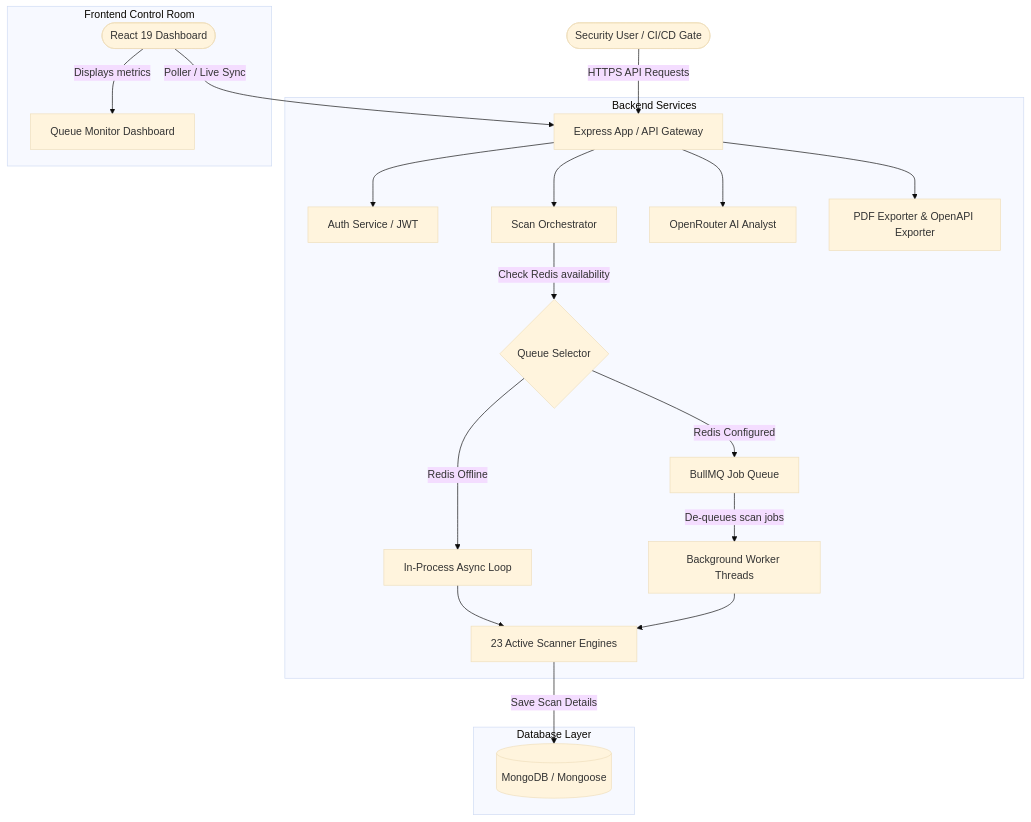
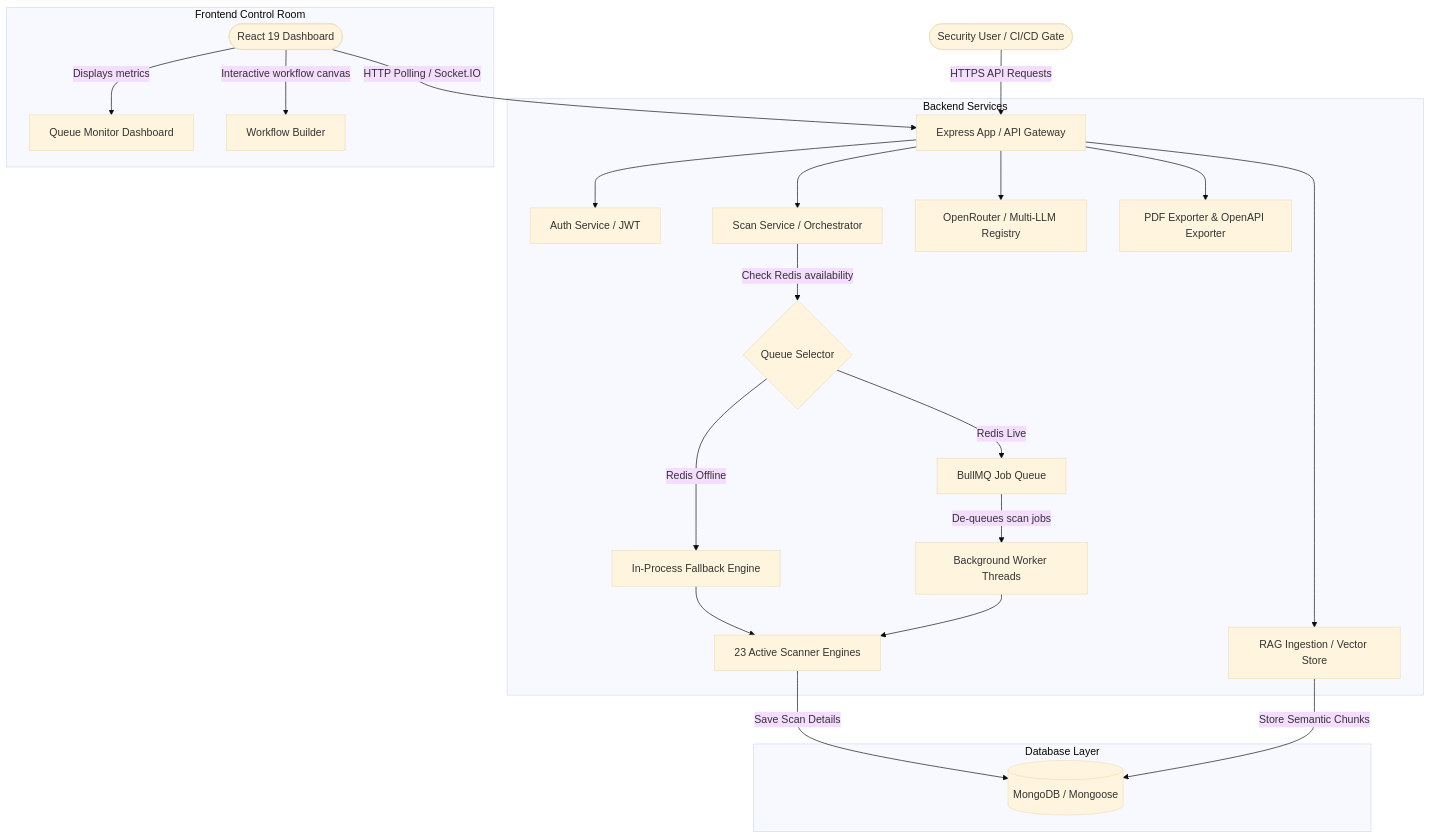
Before and after one commit to Redkrossresearch/api-security-scanner: the first of 3 diagrams in README.md, drawn with Mermaid (base theme). The commit also changed other lines of this file, not shown here.

Commit message:
docs: revamp root README.md with system architecture, intelligent routing, debate diagrams, installation matrices, and benchmarking suites

````diff
--- a/README.md
+++ b/README.md
@@ -65,29 +40,31 @@
 ```mermaid
 graph TD
     User([Security User / CI/CD Gate]) -->|HTTPS API Requests| Gateway[Express App / API Gateway]
     
     subgraph Backend Services
         Gateway --> Auth[Auth Service / JWT]
-        Gateway --> Scans[Scan Orchestrator]
-        Gateway --> AI[OpenRouter AI Analyst]
+        Gateway --> Scans[Scan Service / Orchestrator]
+        Gateway --> AI[OpenRouter / Multi-LLM Registry]
         Gateway --> Reports[PDF Exporter & OpenAPI Exporter]
+        Gateway --> RAG[RAG Ingestion / Vector Store]
         
         Scans -->|Check Redis availability| QueueClient{Queue Selector}
-        QueueClient -->|Redis Configured| BullMQ[BullMQ Job Queue]
-        QueueClient -->|Redis Offline| InProc[In-Process Async Loop]
+        QueueClient -->|Redis Live| BullMQ[BullMQ Job Queue]
+        QueueClient -->|Redis Offline| InProc[In-Process Fallback Engine]
         
         BullMQ -->|De-queues scan jobs| Worker[Background Worker Threads]
-        
         InProc --> Scanners[23 Active Scanner Engines]
         Worker --> Scanners
     end
     
     subgraph Database Layer
         Scanners -->|Save Scan Details| Mongo[(MongoDB / Mongoose)]
+        RAG -->|Store Semantic Chunks| Mongo
     end
     
     subgraph Frontend Control Room
-        UI([React 19 Dashboard]) -->|Poller / Live Sync| Gateway
+        UI([React 19 Dashboard]) -->|HTTP Polling / Socket.IO| Gateway
         UI -->|Displays metrics| Monitor[Queue Monitor Dashboard]
+        UI -->|Interactive workflow canvas| Workflow[Workflow Builder]
     end
 ```
````
